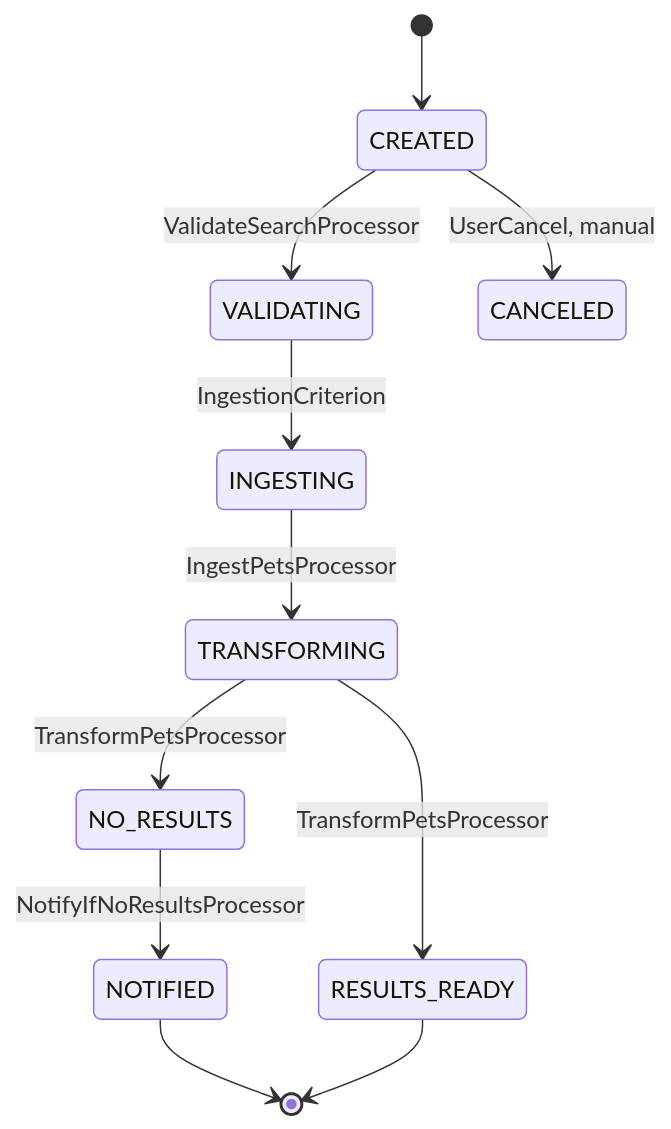
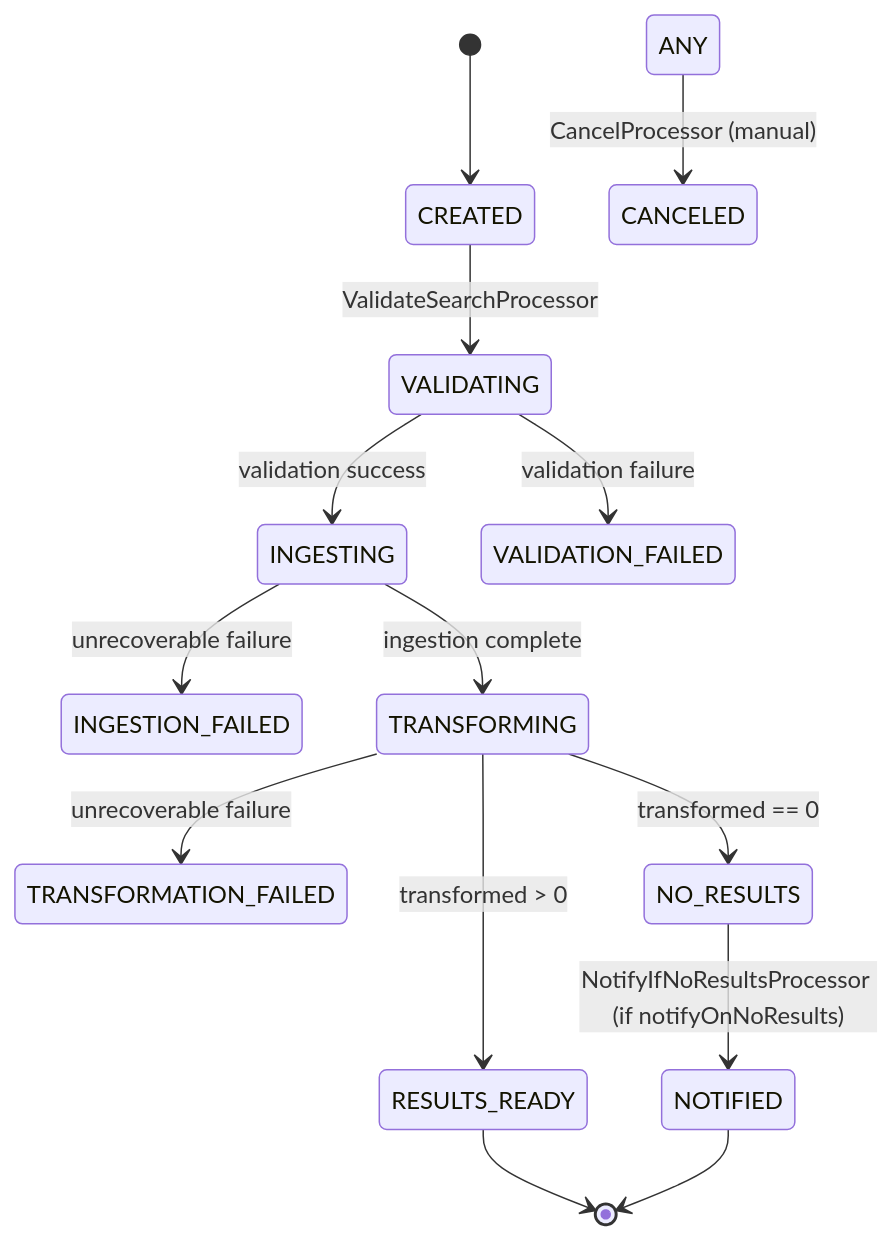
One commit to Cyoda-platform/java-client-template changed the first of 3 diagrams in src/main/java/com/java_template/prototype/functional_requirement.md. Above: the diagram before and after it, drawn with Mermaid. The commit also changed other lines of this file, not shown here.

````diff
--- a/src/main/java/com/java_template/prototype/functional_requirement.md
+++ b/src/main/java/com/java_template/prototype/functional_requirement.md
@@ -47,13 +113,16 @@
 ```mermaid
 stateDiagram-v2
     [*] --> CREATED
     CREATED --> VALIDATING : ValidateSearchProcessor
-    VALIDATING --> INGESTING : IngestionCriterion
-    INGESTING --> TRANSFORMING : IngestPetsProcessor
-    TRANSFORMING --> RESULTS_READY : TransformPetsProcessor
-    TRANSFORMING --> NO_RESULTS : TransformPetsProcessor
-    NO_RESULTS --> NOTIFIED : NotifyIfNoResultsProcessor
+    VALIDATING --> INGESTING : validation success
+    VALIDATING --> VALIDATION_FAILED : validation failure
+    INGESTING --> INGESTION_FAILED : unrecoverable failure
+    INGESTING --> TRANSFORMING : ingestion complete
+    TRANSFORMING --> TRANSFORMATION_FAILED : unrecoverable failure
+    TRANSFORMING --> RESULTS_READY : transformed > 0
+    TRANSFORMING --> NO_RESULTS : transformed == 0
+    NO_RESULTS --> NOTIFIED : NotifyIfNoResultsProcessor (if notifyOnNoResults)
+    ANY --> CANCELED : CancelProcessor (manual)
+    RESULTS_READY --> [*]
     NOTIFIED --> [*]
-    RESULTS_READY --> [*]
-    CREATED --> CANCELED : UserCancel, manual
 ```
````
